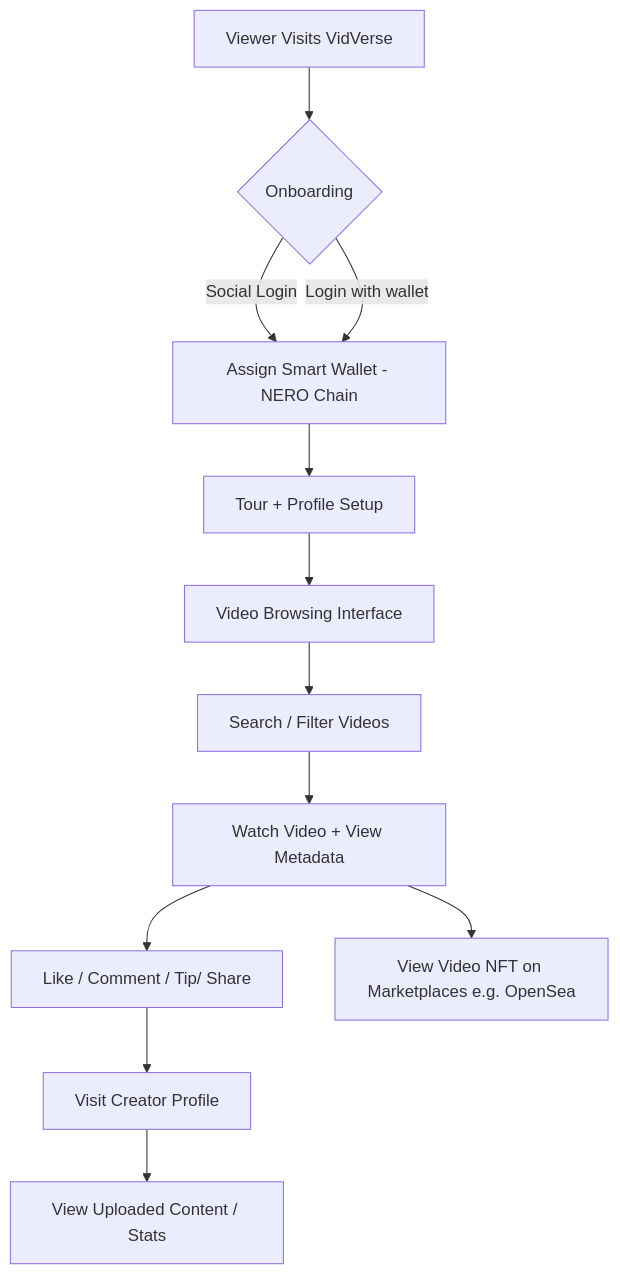
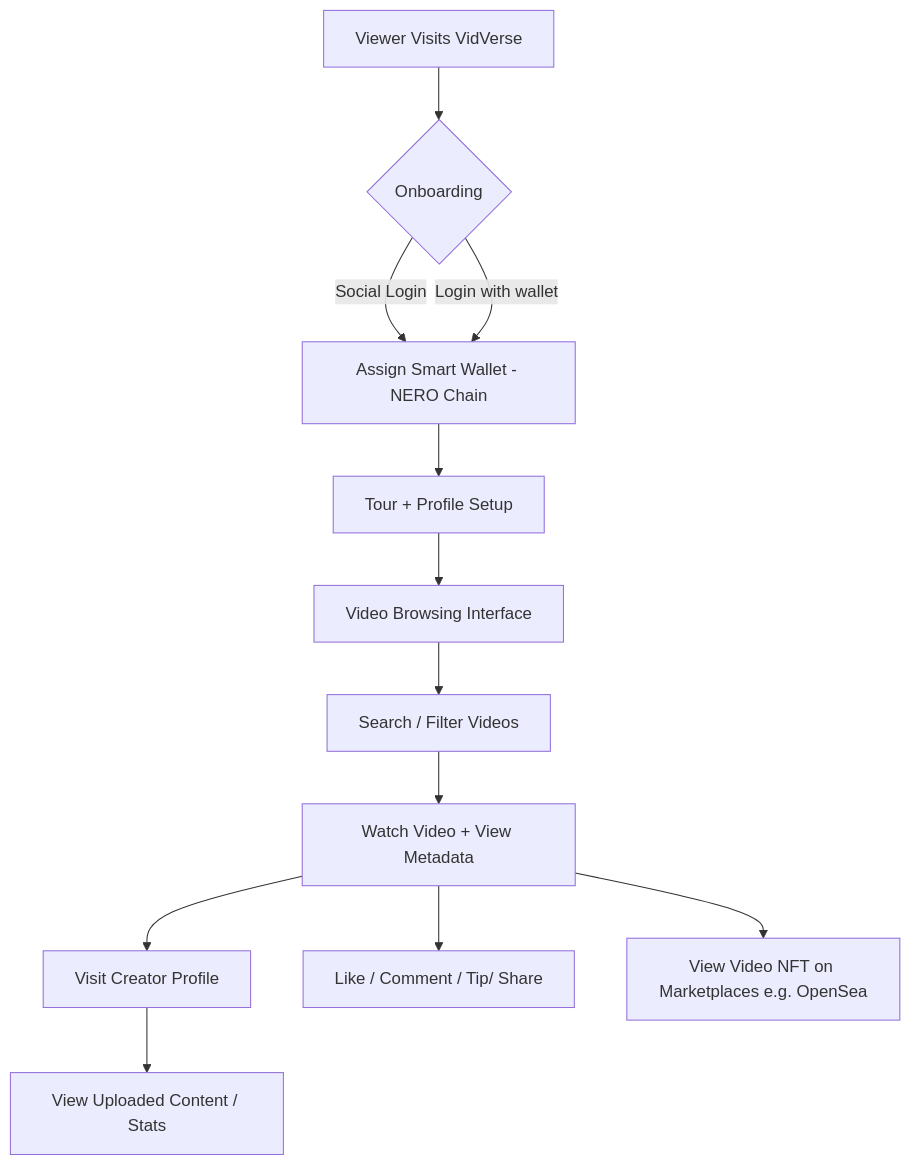
Before and after one commit to Salmandabbakuti/vidverse-nero: the second of 2 diagrams in README.md, drawn with Mermaid.

````diff
--- a/README.md
+++ b/README.md
@@ -88,14 +88,14 @@
 ```mermaid
 graph TD
     A[Viewer Visits VidVerse] --> B{Onboarding}
     B -->|Social Login| C[Assign Smart Wallet - NERO Chain]
     B -->|Login with wallet| C
     C --> D[Tour + Profile Setup]
     D --> E[Video Browsing Interface]
     E --> F[Search / Filter Videos]
     F --> G[Watch Video + View Metadata]
+    G --> I[Visit Creator Profile]
     G --> H[Like / Comment / Tip/ Share]
-    H --> I[Visit Creator Profile]
     I --> J[View Uploaded Content / Stats]
     G --> K[View Video NFT on Marketplaces e.g. OpenSea]
 ```
````
